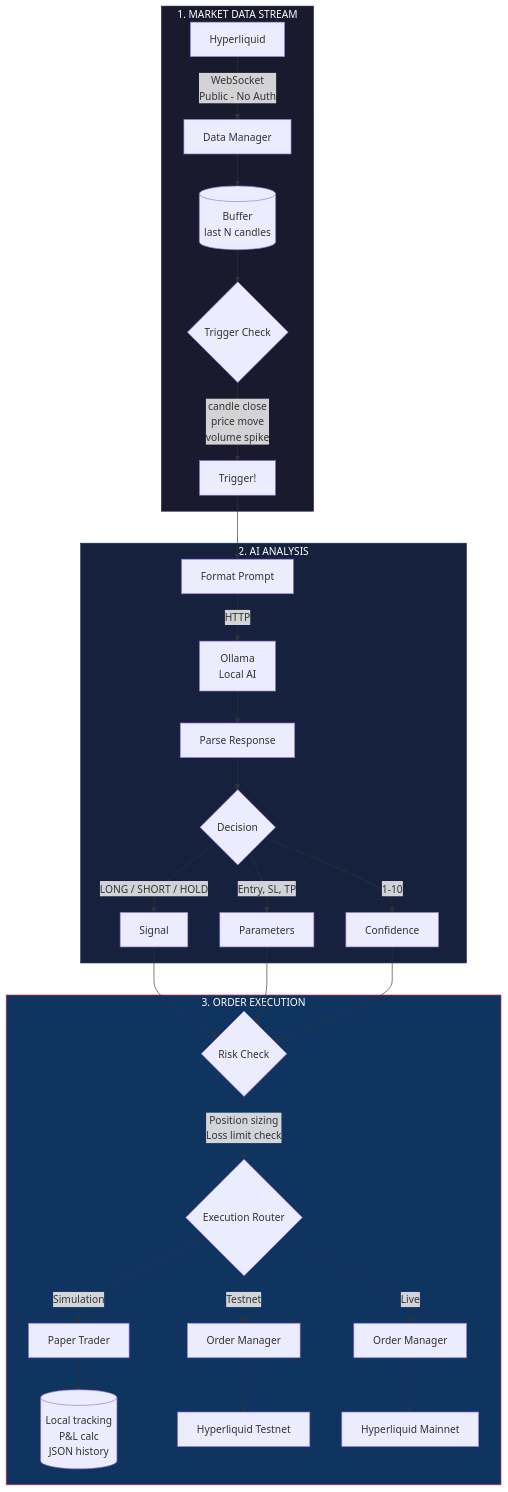
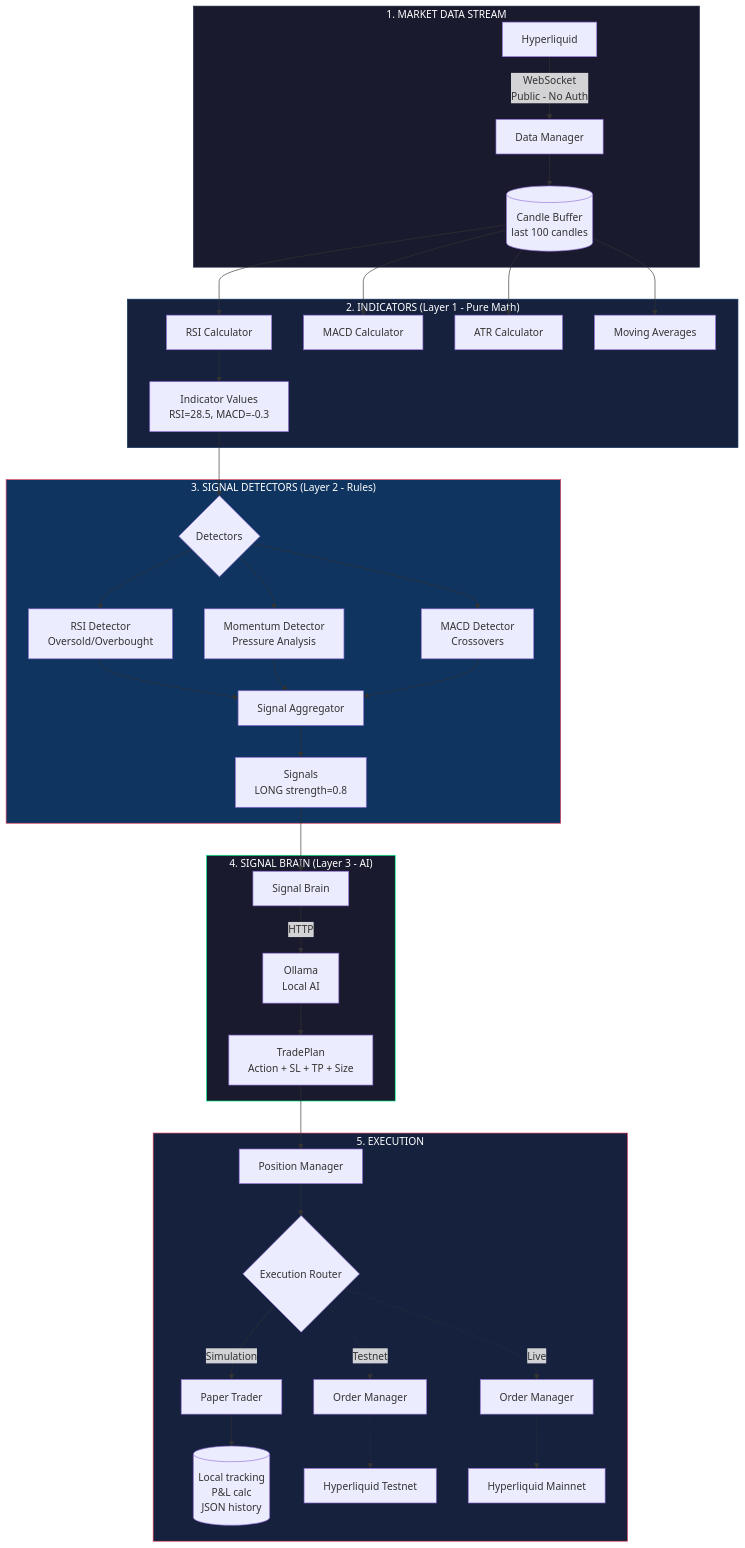
One commit to ofersarid/trading-bot changed the second of 2 diagrams in docs/PRDs/system_architecture.md. Above: the diagram before and after it, drawn with Mermaid. The commit also changed other lines of this file and 14 other files, not shown here.

First line of the commit message:
feat: Add dynamic risk management based on signal strength

````diff
--- a/docs/PRDs/system_architecture.md
+++ b/docs/PRDs/system_architecture.md
@@ -88,39 +97,52 @@
 ```mermaid
 flowchart TD
     subgraph STEP1["1. MARKET DATA STREAM"]
         HL[Hyperliquid] -->|WebSocket<br/>Public - No Auth| DM[Data Manager]
-        DM --> BUF[(Buffer<br/>last N candles)]
-        BUF --> TC{Trigger Check}
-        TC -->|candle close<br/>price move<br/>volume spike| TRIG[Trigger!]
+        DM --> BUF[(Candle Buffer<br/>last 100 candles)]
     end
 
-    subgraph STEP2["2. AI ANALYSIS"]
-        TRIG --> FP[Format Prompt]
-        FP -->|HTTP| OLLAMA[Ollama<br/>Local AI]
-        OLLAMA --> PARSE[Parse Response]
-        PARSE --> DEC{Decision}
-        DEC --> |LONG / SHORT / HOLD| SIG[Signal]
-        DEC --> |Entry, SL, TP| PARAMS[Parameters]
-        DEC --> |1-10| CONF[Confidence]
+    subgraph STEP2["2. INDICATORS (Layer 1 - Pure Math)"]
+        BUF --> RSI[RSI Calculator]
+        BUF --> MACD[MACD Calculator]
+        BUF --> ATR[ATR Calculator]
+        BUF --> EMA[Moving Averages]
+        RSI --> VALUES[Indicator Values<br/>RSI=28.5, MACD=-0.3]
     end
 
-    subgraph STEP3["3. ORDER EXECUTION"]
-        SIG --> RC{Risk Check}
-        PARAMS --> RC
-        CONF --> RC
-        RC -->|Position sizing<br/>Loss limit check| ER{Execution Router}
+    subgraph STEP3["3. SIGNAL DETECTORS (Layer 2 - Rules)"]
+        VALUES --> DET{Detectors}
+        DET --> RSI_DET[RSI Detector<br/>Oversold/Overbought]
+        DET --> MOM_DET[Momentum Detector<br/>Pressure Analysis]
+        DET --> MACD_DET[MACD Detector<br/>Crossovers]
+        RSI_DET --> AGG[Signal Aggregator]
+        MOM_DET --> AGG
+        MACD_DET --> AGG
+        AGG --> SIG[Signals<br/>LONG strength=0.8]
+    end
+
+    subgraph STEP4["4. SIGNAL BRAIN (Layer 3 - AI)"]
+        SIG --> BRAIN[Signal Brain]
+        BRAIN -->|HTTP| OLLAMA[Ollama<br/>Local AI]
+        OLLAMA --> PLAN[TradePlan<br/>Action + SL + TP + Size]
+    end
+
+    subgraph STEP5["5. EXECUTION"]
+        PLAN --> PM[Position Manager]
+        PM --> ER{Execution Router}
 
         ER -->|Simulation| SIM[Paper Trader]
         SIM --> LOCAL[(Local tracking<br/>P&L calc<br/>JSON history)]
 
         ER -.->|Testnet| TEST[Order Manager]
         TEST -.-> HL_TEST[Hyperliquid Testnet]
 
         ER -.->|Live| LIVE[Order Manager]
         LIVE -.-> HL_LIVE[Hyperliquid Mainnet]
     end
 
     style STEP1 fill:#1a1a2e,stroke:#16213e,color:#fff
     style STEP2 fill:#16213e,stroke:#0f3460,color:#fff
     style STEP3 fill:#0f3460,stroke:#e94560,color:#fff
+    style STEP4 fill:#1a1a2e,stroke:#00ff88,color:#fff
+    style STEP5 fill:#16213e,stroke:#e94560,color:#fff
 ```
````
